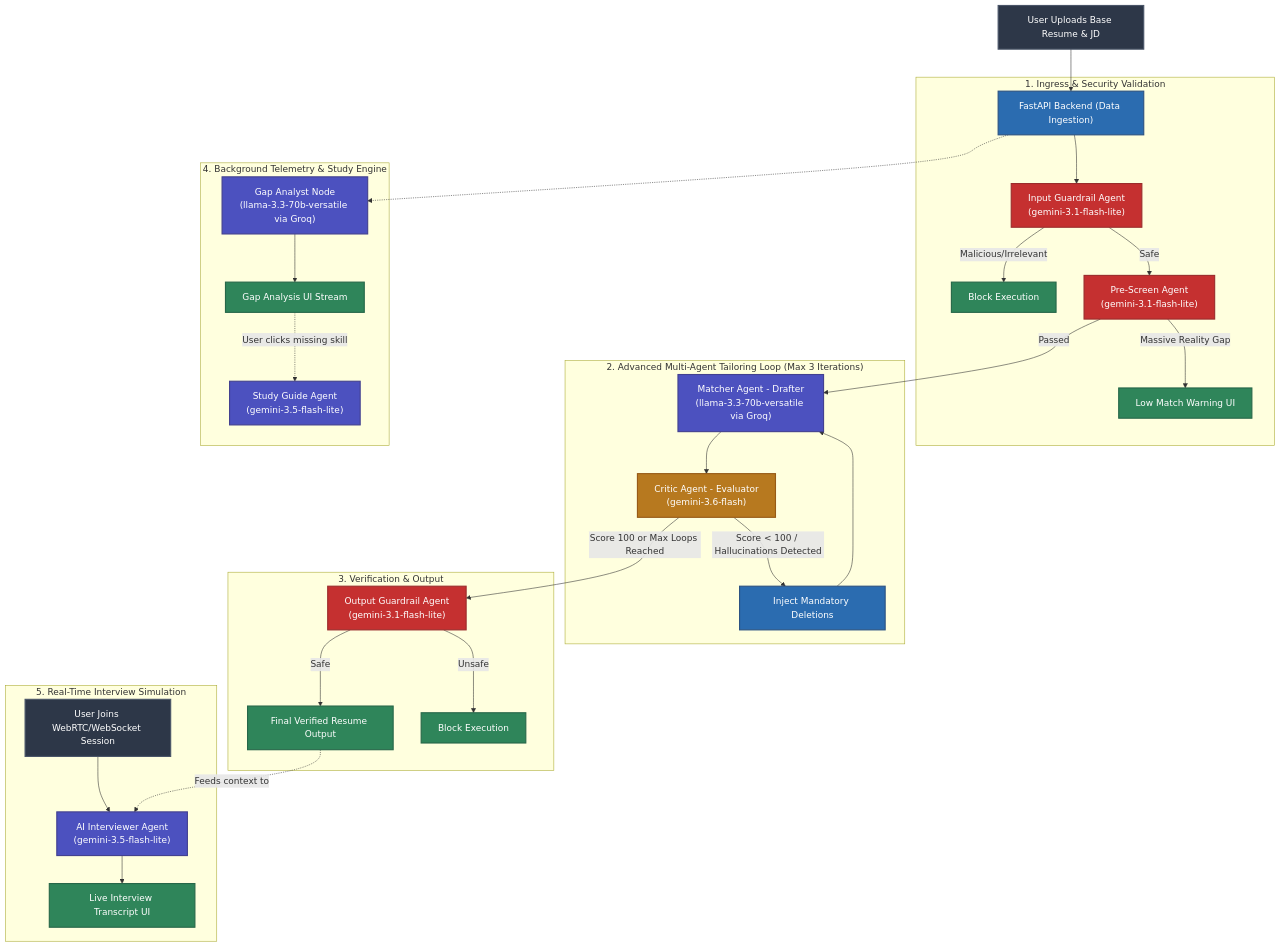
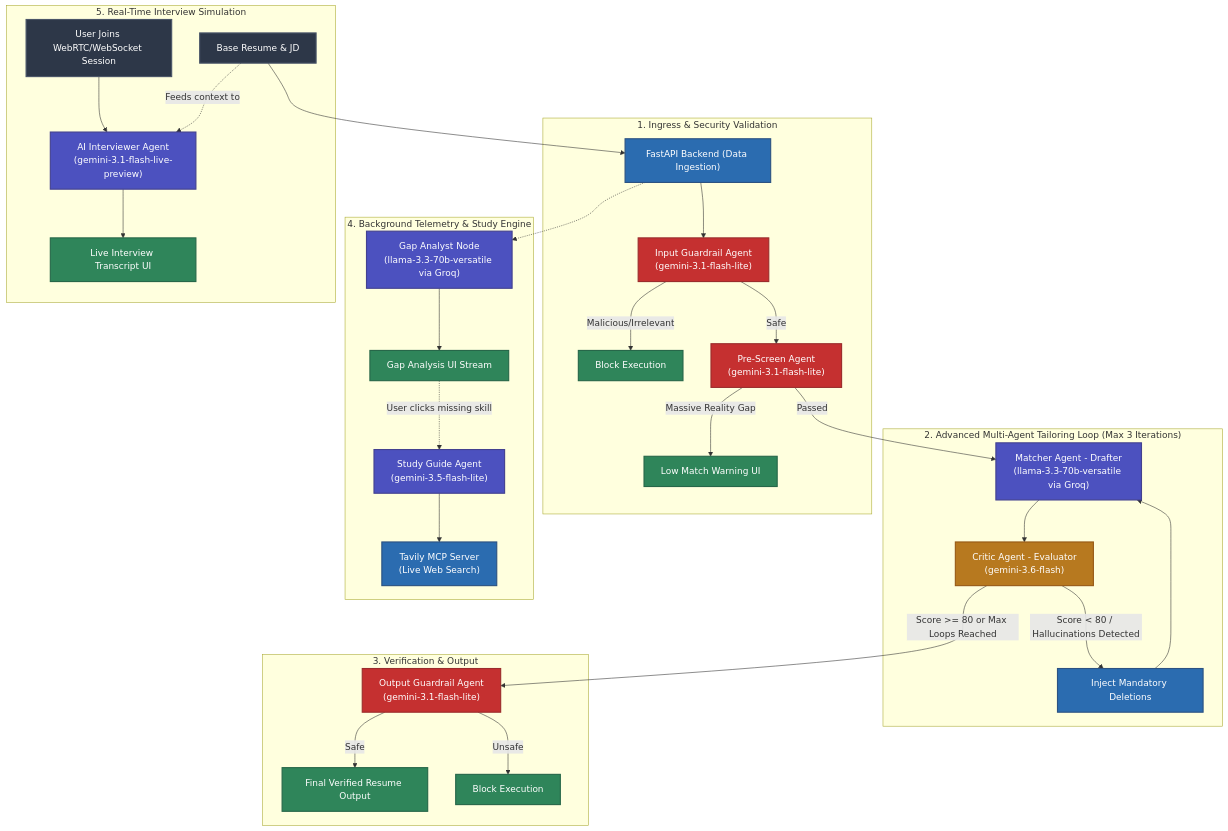
Before and after one commit to Sid1396-byte/agentic-resume-interviewer: the diagram in README.md, drawn with Mermaid. The commit also changed other lines of this file, not shown here.

Commit message:
Fix Critic threshold, add Tavily MCP to flowchart, clarify Interviewer models and inputs

````diff
--- a/README.md
+++ b/README.md
@@ -17,43 +17,44 @@
 ```mermaid
 graph TD
     classDef user fill:#2d3748,stroke:#4a5568,stroke-width:2px,color:#fff
     classDef api fill:#2b6cb0,stroke:#2c5282,stroke-width:2px,color:#fff
     classDef agent fill:#4c51bf,stroke:#434190,stroke-width:2px,color:#fff
     classDef guardrail fill:#c53030,stroke:#9b2c2c,stroke-width:2px,color:#fff
     classDef eval fill:#b7791f,stroke:#975a16,stroke-width:2px,color:#fff
     classDef output fill:#2f855a,stroke:#276749,stroke-width:2px,color:#fff
 
     User["User Uploads Base Resume & JD"]:::user --> FastAPI["FastAPI Backend (Data Ingestion)"]:::api
     
     subgraph "1. Ingress & Security Validation"
         FastAPI --> InputGuardrail["Input Guardrail Agent<br/>(gemini-3.1-flash-lite)"]:::guardrail
         InputGuardrail -- "Malicious/Irrelevant" --> Block1["Block Execution"]:::output
         InputGuardrail -- "Safe" --> PreScreen["Pre-Screen Agent<br/>(gemini-3.1-flash-lite)"]:::guardrail
         PreScreen -- "Massive Reality Gap" --> Alert["Low Match Warning UI"]:::output
     end
 
     subgraph "2. Advanced Multi-Agent Tailoring Loop (Max 3 Iterations)"
         PreScreen -- "Passed" --> Matcher["Matcher Agent - Drafter<br/>(llama-3.3-70b-versatile via Groq)"]:::agent
         Matcher --> Critic["Critic Agent - Evaluator<br/>(gemini-3.6-flash)"]:::eval
-        Critic -- "Score < 100 / Hallucinations Detected" --> MandatoryDeletions["Inject Mandatory Deletions"]:::api
+        Critic -- "Score < 80 / Hallucinations Detected" --> MandatoryDeletions["Inject Mandatory Deletions"]:::api
         MandatoryDeletions --> Matcher
     end
 
     subgraph "3. Verification & Output"
-        Critic -- "Score 100 or Max Loops Reached" --> OutputGuardrail["Output Guardrail Agent<br/>(gemini-3.1-flash-lite)"]:::guardrail
+        Critic -- "Score >= 80 or Max Loops Reached" --> OutputGuardrail["Output Guardrail Agent<br/>(gemini-3.1-flash-lite)"]:::guardrail
         OutputGuardrail -- "Safe" --> FinalDraft["Final Verified Resume Output"]:::output
         OutputGuardrail -- "Unsafe" --> Block2["Block Execution"]:::output
     end
 
     subgraph "4. Background Telemetry & Study Engine"
         FastAPI -.-> GapAnalyst["Gap Analyst Node<br/>(llama-3.3-70b-versatile via Groq)"]:::agent
         GapAnalyst --> GapUI["Gap Analysis UI Stream"]:::output
         GapUI -. "User clicks missing skill" .-> StudyAgent["Study Guide Agent<br/>(gemini-3.5-flash-lite)"]:::agent
+        StudyAgent --> TavilyMCP["Tavily MCP Server<br/>(Live Web Search)"]:::api
     end
 
     subgraph "5. Real-Time Interview Simulation"
-        UserInterview["User Joins WebRTC/WebSocket Session"]:::user --> Interviewer["AI Interviewer Agent<br/>(gemini-3.5-flash-lite)"]:::agent
-        FinalDraft -. "Feeds context to" .-> Interviewer
+        UserInterview["User Joins WebRTC/WebSocket Session"]:::user --> Interviewer["AI Interviewer Agent<br/>(gemini-3.1-flash-live-preview)"]:::agent
+        User["Base Resume & JD"] -. "Feeds context to" .-> Interviewer
         Interviewer --> LiveTranscript["Live Interview Transcript UI"]:::output
     end
 ```
````
